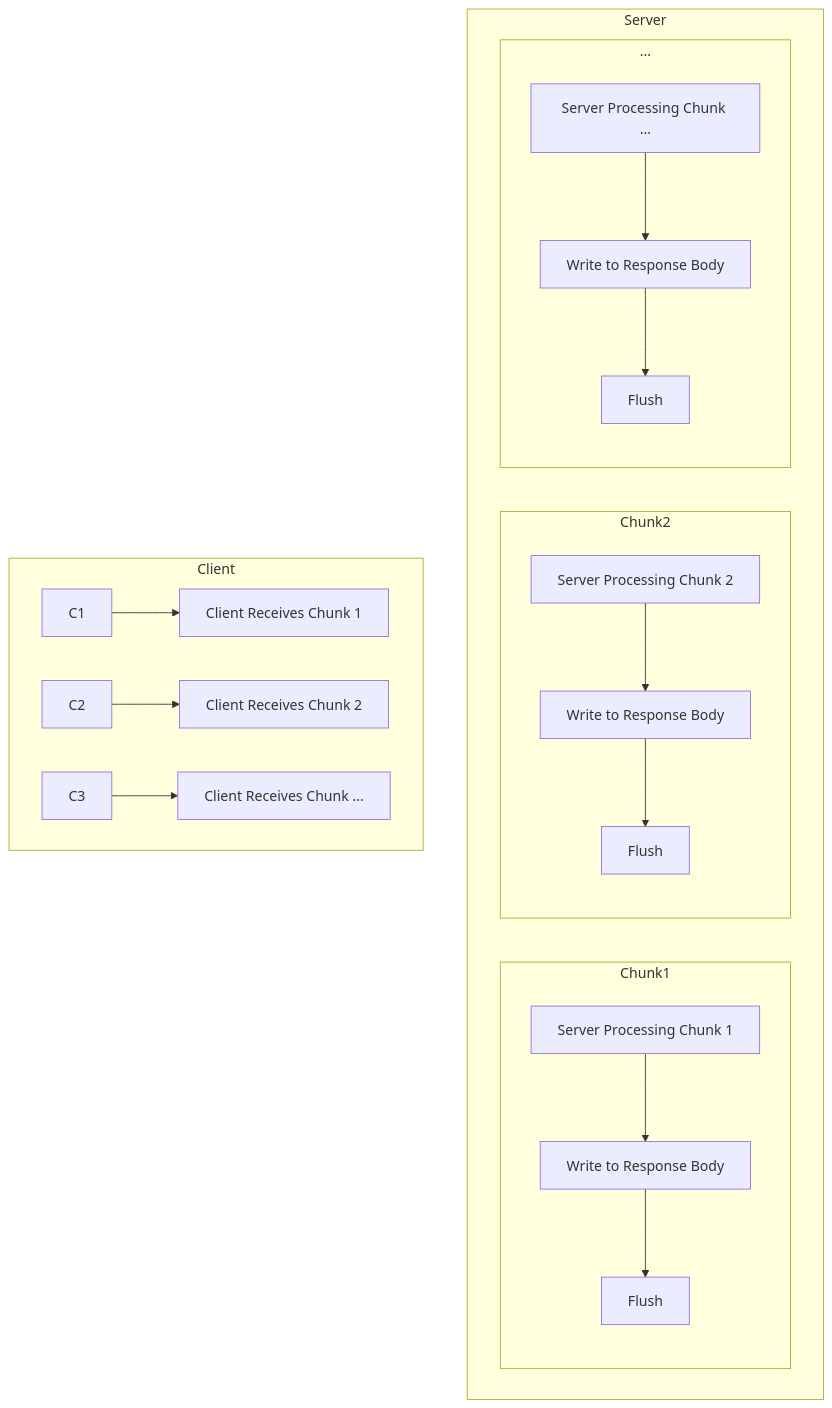
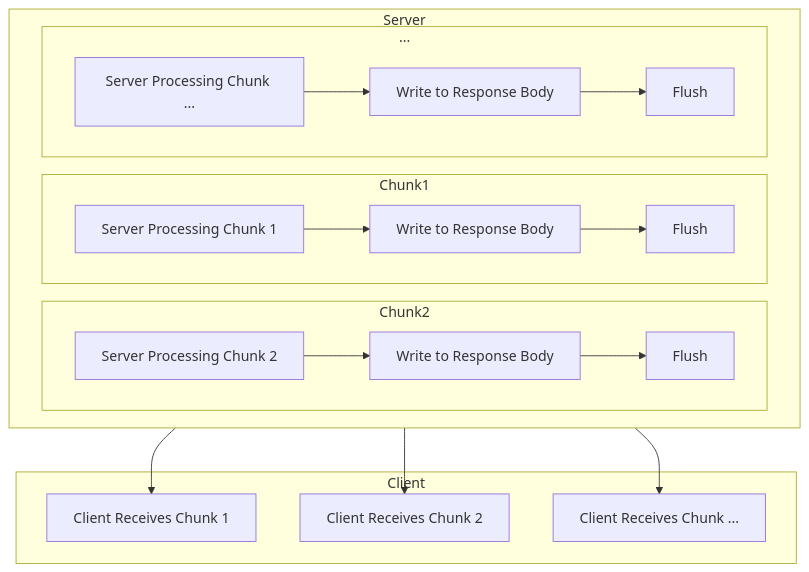
The diagram in _posts/2025-07-08-streaming-progress-updates-in-long-running-asp-net-core-requests.md (oninebx/blog), drawn with Mermaid before and after one commit.

Commit message:
Update Blog “2025-07-08-streaming-progress-updates-in-long-running-asp-net-core-requests”

```diff
--- a/_posts/2025-07-08-streaming-progress-updates-in-long-running-asp-net-core-requests.md
+++ b/_posts/2025-07-08-streaming-progress-updates-in-long-running-asp-net-core-requests.md
@@ -26,20 +26,20 @@
 <div class="mermaid">
   graph TD
-    subgraph Server \[Server]
+    subgraph Server [Server]
       direction LR
-      subgraph Chunk1 \[Chunk1]
-        A1\[Server Processing Chunk 1] --> B1\[Write to Response Body] --> C1\[Flush]
+      subgraph Chunk1 [Chunk1]
+        A1[Server Processing Chunk 1] --> B1[Write to Response Body] --> C1[Flush]
       end 
-      subgraph Chunk2\[Chunk2]
-        A2\[Server Processing Chunk 2] --> B2\[Write to Response Body] --> C2\[Flush]
+      subgraph Chunk2[Chunk2]
+        A2[Server Processing Chunk 2] --> B2[Write to Response Body] --> C2[Flush]
       end
-      subgraph Chunk3 \[...]
-        A3\[Server Processing Chunk ...] --> B3\[Write to Response Body] --> C3\[Flush]
+      subgraph Chunk3 [...]
+        A3[Server Processing Chunk ...] --> B3[Write to Response Body] --> C3[Flush]
       end
     end
-    subgraph Client \[Client]
-    C1 --> D1\[Client Receives Chunk 1]
-    C2 --> D2\[Client Receives Chunk 2]
-    C3 --> D3\[Client Receives Chunk ...]
+    subgraph Client [Client]
+    C1 --> D1[Client Receives Chunk 1]
+    C2 --> D2[Client Receives Chunk 2]
+    C3 --> D3[Client Receives Chunk ...]
     end
 </div>
```
